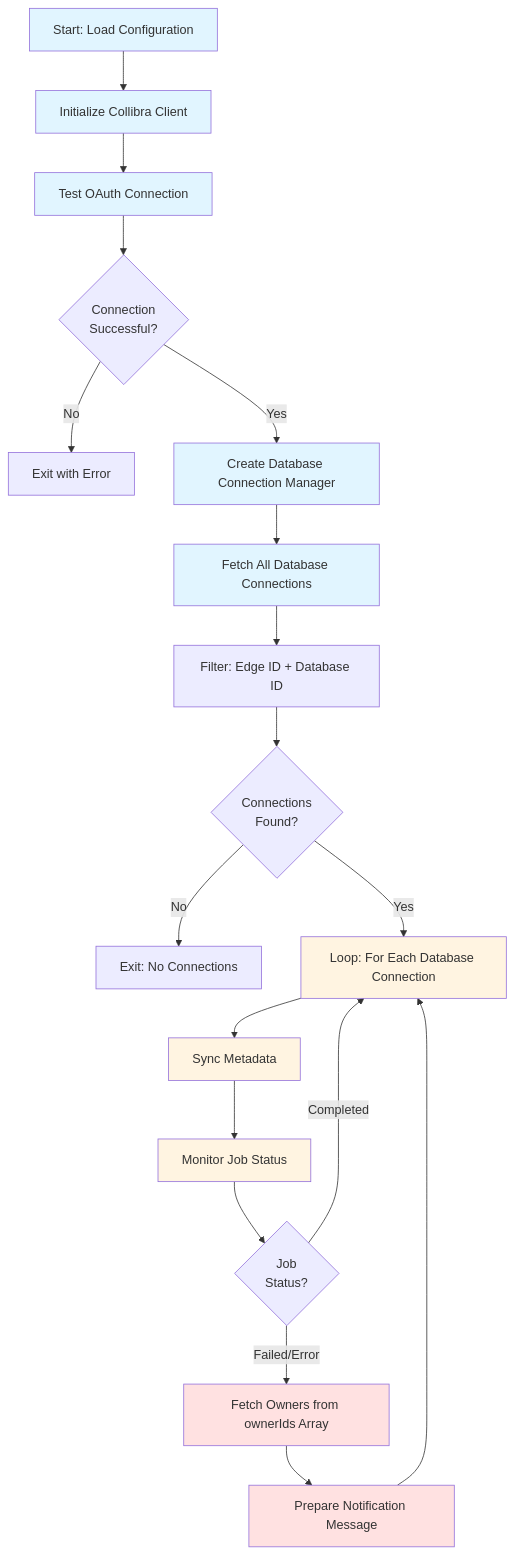
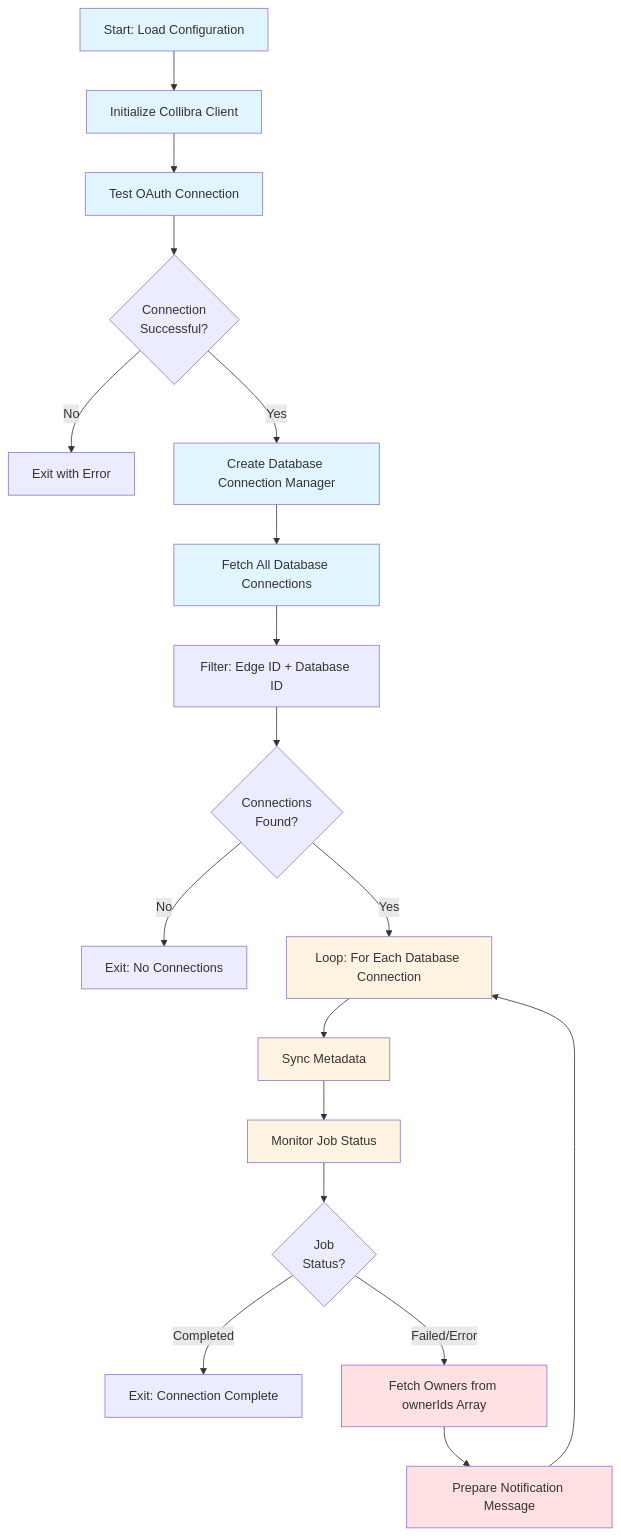
The diagram in Test Connections - Database - Collibra/README.md (arnauudG/Collibra-Repository---Automations), drawn with Mermaid before and after one commit.

````diff
--- a/Test Connections - Database - Collibra/README.md
+++ b/Test Connections - Database - Collibra/README.md
@@ -49,32 +49,32 @@
 ```mermaid
 flowchart TD
     A[Start: Load Configuration] --> B[Initialize Collibra Client]
     B --> C[Test OAuth Connection]
     C --> D{Connection<br/>Successful?}
     D -->|No| E[Exit with Error]
     D -->|Yes| F[Create Database Connection Manager]
     F --> G[Fetch All Database Connections]
     G --> H[Filter: Edge ID + Database ID]
     H --> I{Connections<br/>Found?}
     I -->|No| J[Exit: No Connections]
     I -->|Yes| K[Loop: For Each Database Connection]
     
     K --> L[Sync Metadata]
     L --> M[Monitor Job Status]
     M --> N{Job<br/>Status?}
-    N -->|Completed| K
+    N -->|Completed| O[Exit: Connection Complete]
     N -->|Failed/Error| P[Fetch Owners from ownerIds Array]
     P --> Q[Prepare Notification Message]
     Q --> K
     
     style A fill:#e1f5ff
     style B fill:#e1f5ff
     style C fill:#e1f5ff
     style F fill:#e1f5ff
     style G fill:#e1f5ff
     style K fill:#fff4e1
     style L fill:#fff4e1
     style M fill:#fff4e1
     style P fill:#ffe1e1
     style Q fill:#ffe1e1
 ```
````
